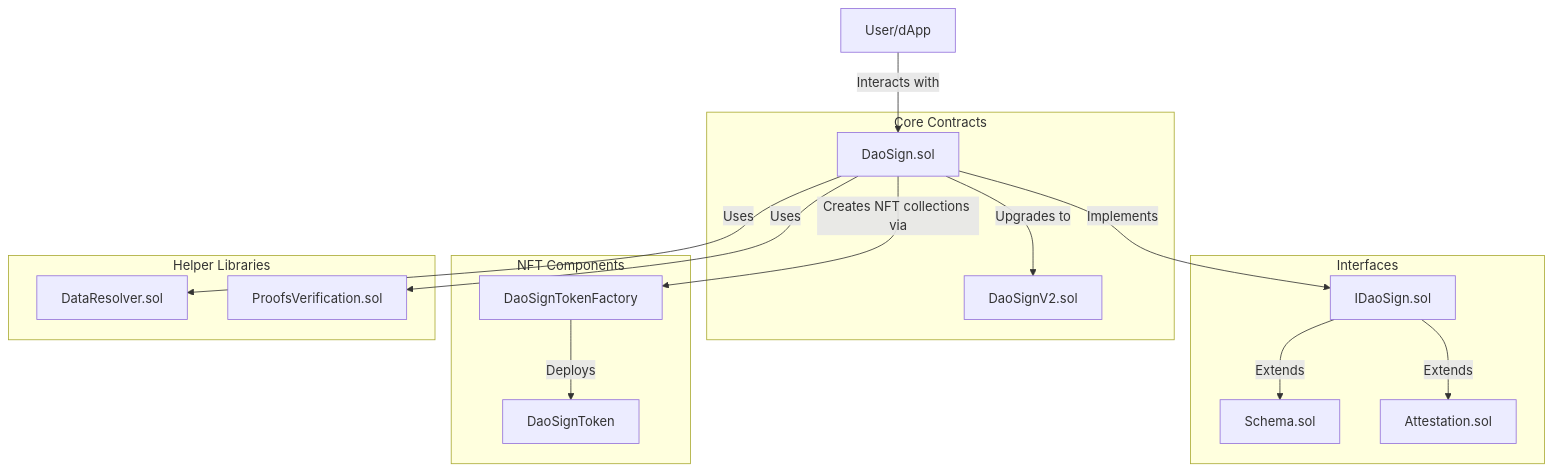
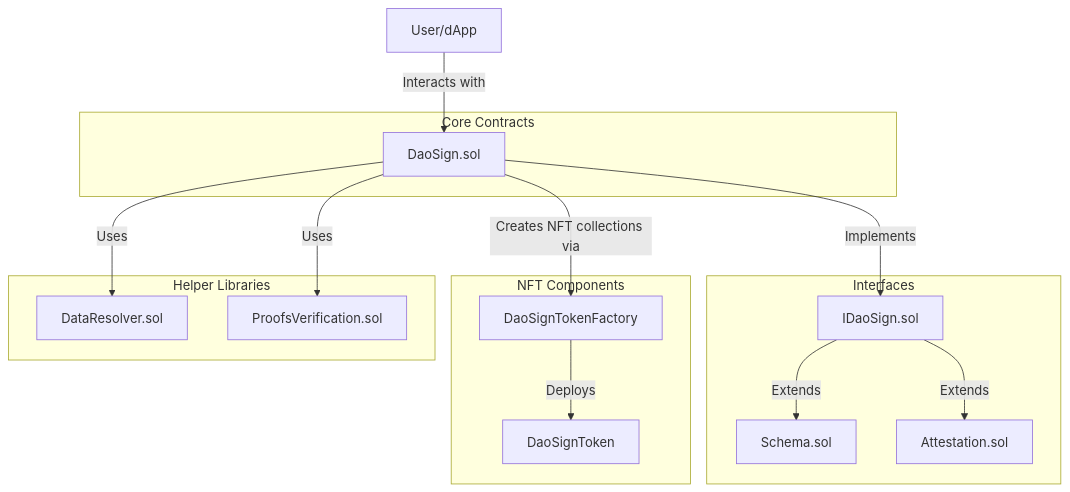
Before and after one commit to vasylNaumenko/docs: the first of 6 diagrams in technical/architecture.mdx, drawn with Mermaid. The commit also changed other lines of this file and 12 other files, not shown here.

````diff
--- a/technical/architecture.mdx
+++ b/technical/architecture.mdx
@@ -21,36 +21,34 @@
 ```mermaid
 graph TD
     User[User/dApp] -->|Interacts with| DaoSign
     
     subgraph "Core Contracts"
         DaoSign[DaoSign.sol]
-        DaoSignV2[DaoSignV2.sol]
-        DaoSign -->|Upgrades to| DaoSignV2
     end
     
     subgraph "Interfaces"
         IDaoSign[IDaoSign.sol]
         ISchema[Schema.sol]
         IAttestation[Attestation.sol]
         
         DaoSign -->|Implements| IDaoSign
         IDaoSign -->|Extends| ISchema
         IDaoSign -->|Extends| IAttestation
     end
     
     subgraph "NFT Components"
         TokenFactory[DaoSignTokenFactory]
         TokenImpl[DaoSignToken]
         
         DaoSign -->|Creates NFT collections via| TokenFactory
         TokenFactory -->|Deploys| TokenImpl
     end
     
     subgraph "Helper Libraries"
         DataResolver[DataResolver.sol]
         ProofsVerification[ProofsVerification.sol]
         
         DaoSign -->|Uses| DataResolver
         DaoSign -->|Uses| ProofsVerification
     end
 ```
````
